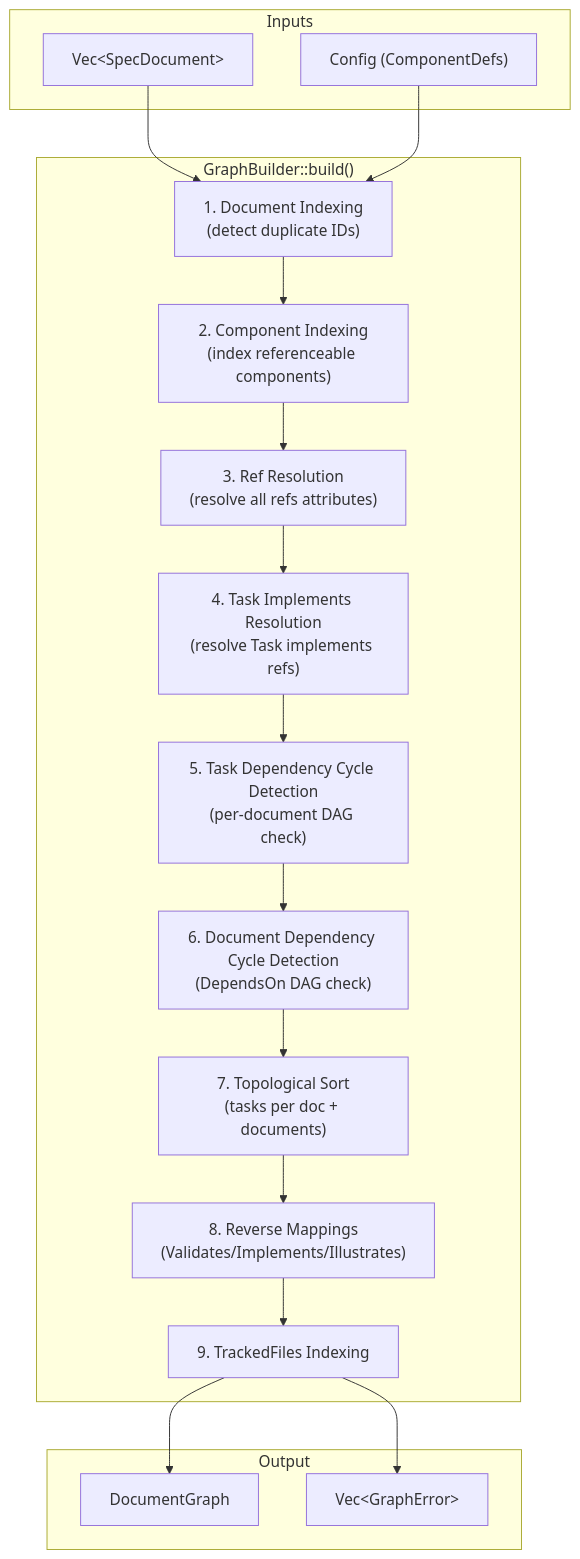
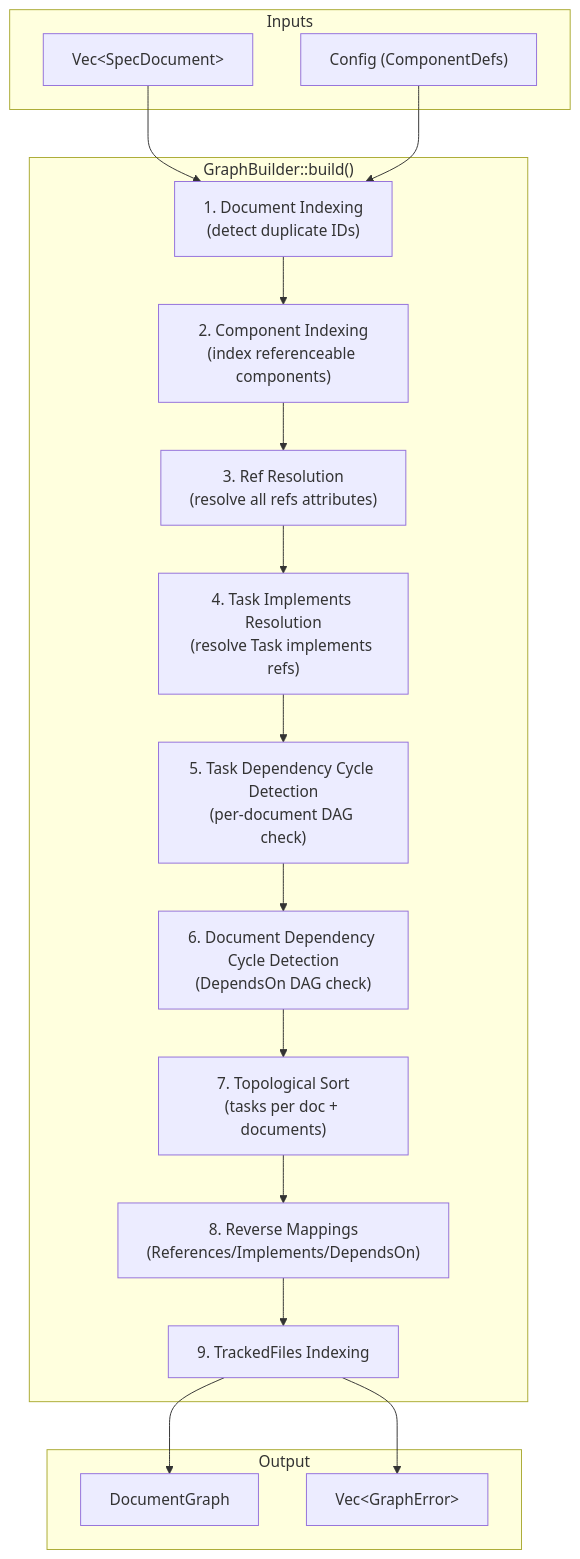
Before and after one commit to jonisavo/supersigil: the first of 2 diagrams in specs/document-graph/document-graph.design.mdx, drawn with Mermaid. The commit also changed other lines of this file and 118 other files, not shown here.

````diff
--- a/specs/document-graph/document-graph.design.mdx
+++ b/specs/document-graph/document-graph.design.mdx
@@ -28,37 +28,37 @@
 ```mermaid
 graph TD
     subgraph Inputs
         SD["Vec&lt;SpecDocument&gt;"]
         CFG["Config (ComponentDefs)"]
     end
 
     subgraph "GraphBuilder::build()"
         IDX["1. Document Indexing<br/>(detect duplicate IDs)"]
         CIDX["2. Component Indexing<br/>(index referenceable components)"]
         REF["3. Ref Resolution<br/>(resolve all refs attributes)"]
         TIMPL["4. Task Implements Resolution<br/>(resolve Task implements refs)"]
         TCYC["5. Task Dependency Cycle Detection<br/>(per-document DAG check)"]
         DCYC["6. Document Dependency Cycle Detection<br/>(DependsOn DAG check)"]
         TOPO["7. Topological Sort<br/>(tasks per doc + documents)"]
-        REV["8. Reverse Mappings<br/>(Validates/Implements/Illustrates)"]
+        REV["8. Reverse Mappings<br/>(References/Implements/DependsOn)"]
         TF["9. TrackedFiles Indexing"]
     end
 
     subgraph Output
         DG["DocumentGraph"]
         ERR["Vec&lt;GraphError&gt;"]
     end
 
     SD --> IDX
     CFG --> IDX
     IDX --> CIDX
     CIDX --> REF
     REF --> TIMPL
     TIMPL --> TCYC
     TCYC --> DCYC
     DCYC --> TOPO
     TOPO --> REV
     REV --> TF
     TF --> DG
     TF --> ERR
 ```
````
